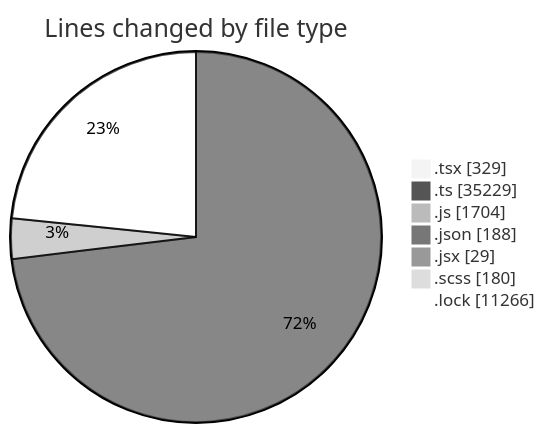
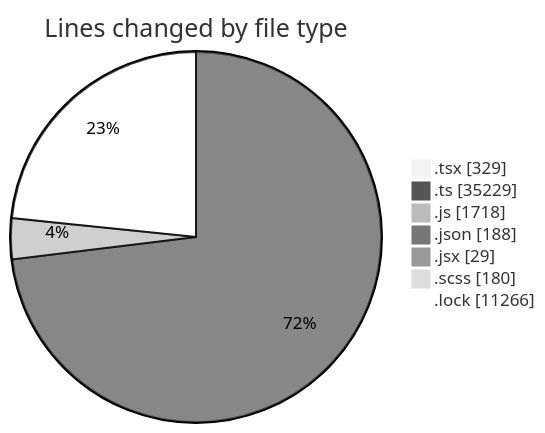
One commit to momahboobian/code-tracking changed the first of 2 diagrams in 2025-12-17/cda/README.md. Above: the diagram before and after it, drawn with Mermaid (neutral theme). The commit also changed other lines of this file and 1 other file, not shown here.

````diff
--- a/2025-12-17/cda/README.md
+++ b/2025-12-17/cda/README.md
@@ -57,11 +57,11 @@
 ```mermaid
 pie showData
 title Lines changed by file type
 ".tsx" : 329
 ".ts" : 35229
-".js" : 1704
+".js" : 1718
 ".json" : 188
 ".jsx" : 29
 ".scss" : 180
 ".lock" : 11266
 ```
````
